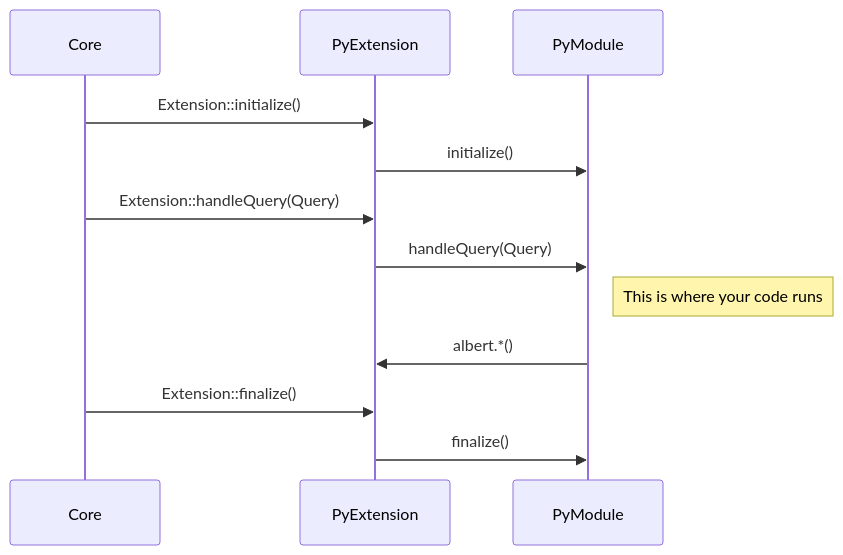
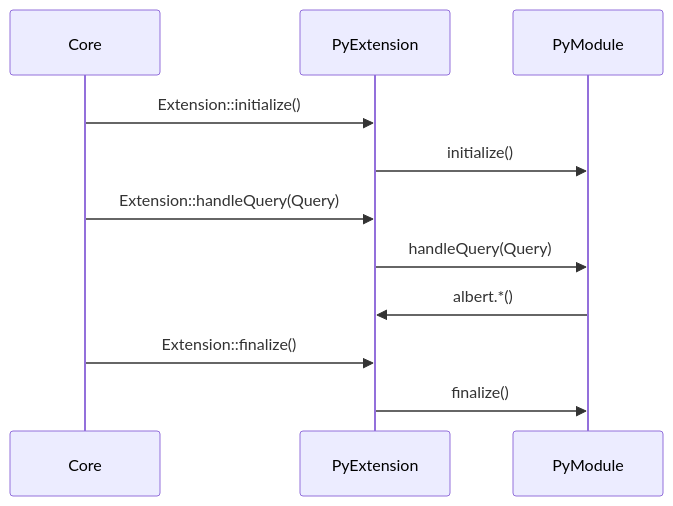
The diagram in src/_docs/extensions/python.md (albertlauncher/documentation), drawn with Mermaid before and after one commit. The commit also changed other lines of this file, not shown here.

````diff
--- a/src/_docs/extensions/python.md
+++ b/src/_docs/extensions/python.md
@@ -19,14 +19,13 @@
 ```mermaid
 sequenceDiagram  
 participant C as Core
 participant E as PyExtension
 participant M as PyModule
 C ->> E: Extension::initialize()
 E ->> M: initialize()
 C ->> E: Extension::handleQuery(Query)
 E ->> M: handleQuery(Query)
-Note right of M: This is where your code runs
 M ->> E: albert.*()  
 C ->> E: Extension::finalize()
 E ->> M: finalize()
 ```
````
